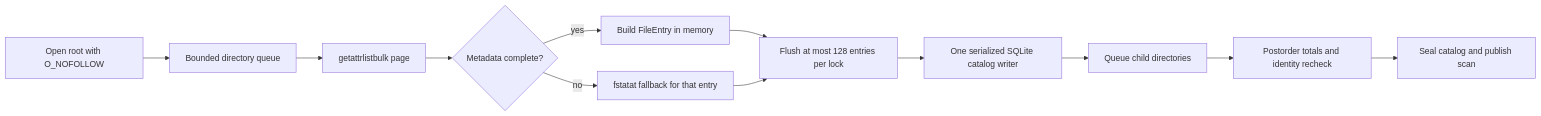
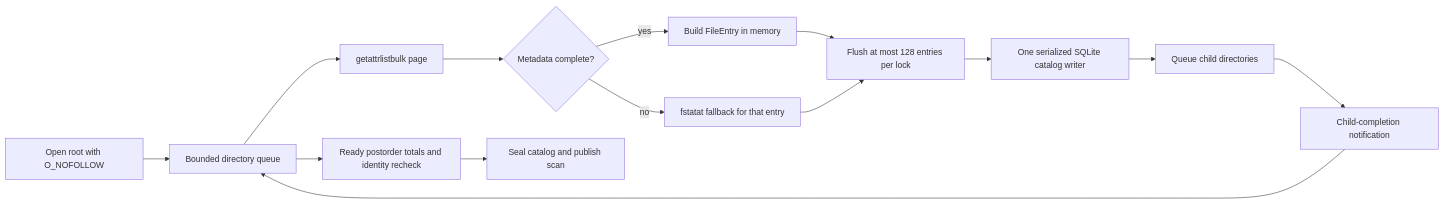
One commit to limecloud/shou changed the first of 2 diagrams in docs/engineering/storage-scan-performance.md. Above: the diagram before and after it, drawn with Mermaid. The commit also changed other lines of this file and 103 other files, not shown here.

````diff
--- a/docs/engineering/storage-scan-performance.md
+++ b/docs/engineering/storage-scan-performance.md
@@ -9,14 +9,16 @@
 ```mermaid
 flowchart LR
     A[Open root with O_NOFOLLOW] --> B[Bounded directory queue]
     B --> C[getattrlistbulk page]
     C --> D{Metadata complete?}
     D -- yes --> E[Build FileEntry in memory]
     D -- no --> F[fstatat fallback for that entry]
     E --> Batch[Flush at most 128 entries per lock]
     F --> Batch
     Batch --> G[One serialized SQLite catalog writer]
     G --> H[Queue child directories]
-    H --> I[Postorder totals and identity recheck]
+    H --> Ready[Child-completion notification]
+    Ready --> B
+    B --> I[Ready postorder totals and identity recheck]
     I --> J[Seal catalog and publish scan]
 ```
````
